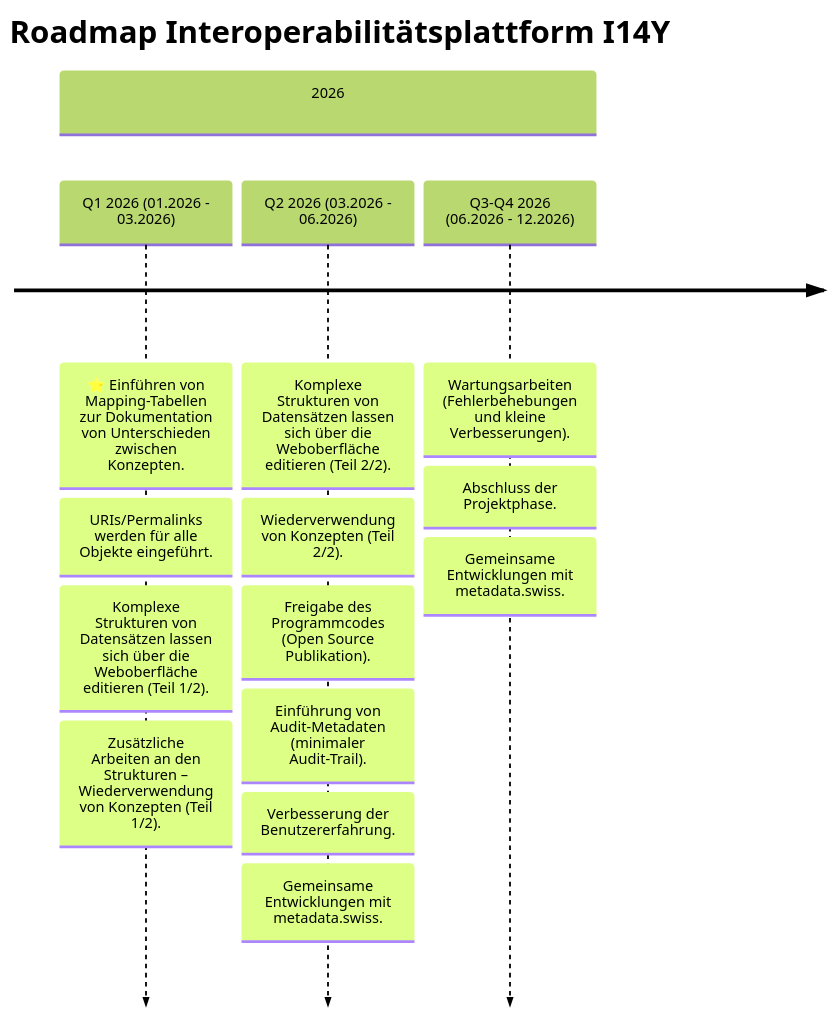
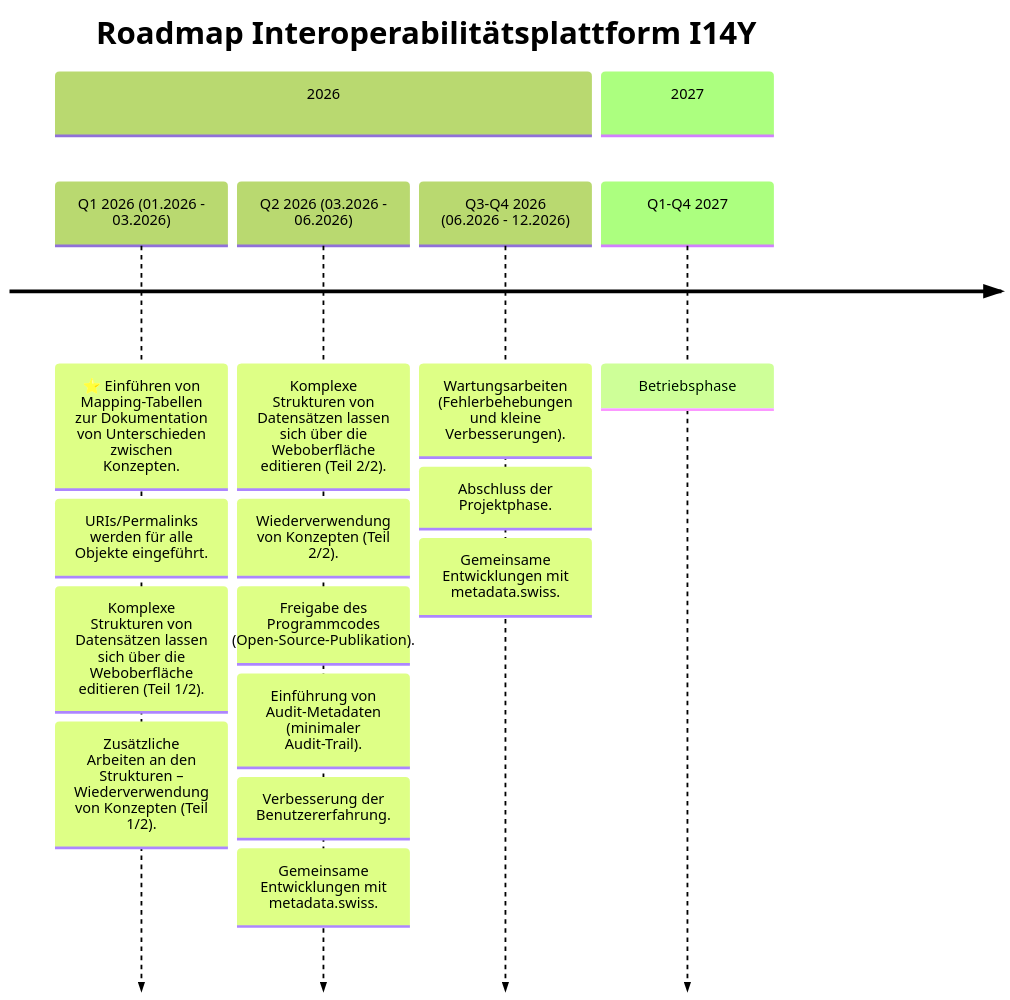
One commit to I14Y-ch/handbook changed the diagram in content/de/plattform/roadmap.md. Above: the diagram before and after it, drawn with Mermaid (forest theme). The commit also changed other lines of this file and 3 other files, not shown here.

Commit message:
Added roadmap in FR, IT and EN

```diff
--- a/content/de/plattform/roadmap.md
+++ b/content/de/plattform/roadmap.md
@@ -21,26 +21,30 @@
 {{< mermaid width="650px" >}}
 timeline
     title Roadmap Interoperabilitätsplattform I14Y
 
     section 2026
 
         Q1 2026 (01.2026 - 03.2026)
         : ⭐ Einführen von Mapping-Tabellen zur Dokumentation von Unterschieden zwischen Konzepten.
         : URIs/Permalinks werden für alle Objekte eingeführt.
         : Komplexe Strukturen von Datensätzen lassen sich über die Weboberfläche editieren (Teil 1/2).
         : Zusätzliche Arbeiten an den Strukturen – Wiederverwendung von Konzepten (Teil 1/2).
 
         Q2 2026 (03.2026 - 06.2026)
         : Komplexe Strukturen von Datensätzen lassen sich über die Weboberfläche editieren (Teil 2/2).
         : Wiederverwendung von Konzepten (Teil 2/2).
-        : Freigabe des Programmcodes (Open Source Publikation). 
+        : Freigabe des Programmcodes (Open-Source-Publikation). 
         : Einführung von Audit-Metadaten (minimaler Audit-Trail).
         : Verbesserung der Benutzererfahrung.
         : Gemeinsame Entwicklungen mit metadata.swiss.
 
         Q3-Q4 2026 (06.2026 - 12.2026)
         : Wartungsarbeiten (Fehlerbehebungen und kleine Verbesserungen).
         : Abschluss der Projektphase. 
         : Gemeinsame Entwicklungen mit metadata.swiss.
 
+    section 2027
+        Q1-Q4 2027
+        : Betriebsphase
+
 {{< /mermaid >}}
```
